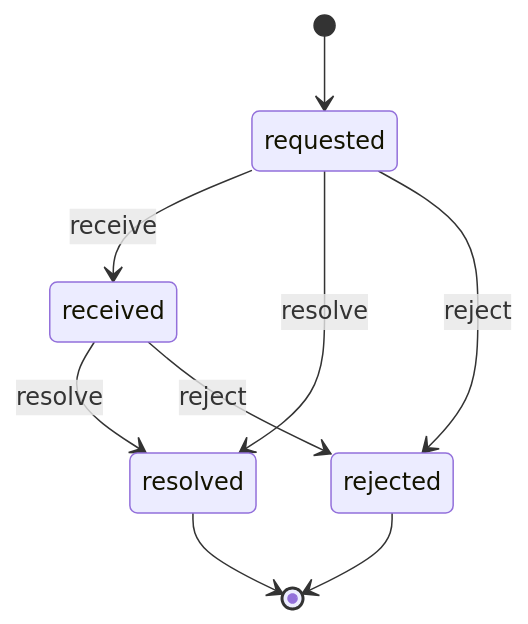
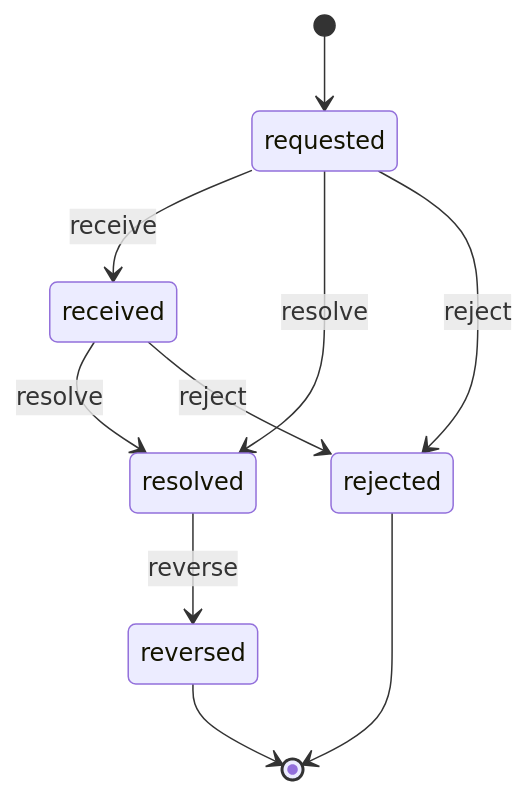
The fifth of 5 diagrams in docs/modules/wl-sales.md (renox-rs/white-label), drawn with Mermaid before and after one commit. The commit also changed other lines of this file and 53 other files, not shown here.

First line of the commit message:
Add negative-flow backlog and SME problem map

````diff
--- a/docs/modules/wl-sales.md
+++ b/docs/modules/wl-sales.md
@@ -386,11 +428,12 @@
 ```mermaid
 stateDiagram-v2
   [*] --> requested
   requested --> received: receive
   received --> resolved: resolve
   requested --> resolved: resolve
   requested --> rejected: reject
   received --> rejected: reject
-  resolved --> [*]
+  resolved --> reversed: reverse
+  reversed --> [*]
   rejected --> [*]
 ```
````
